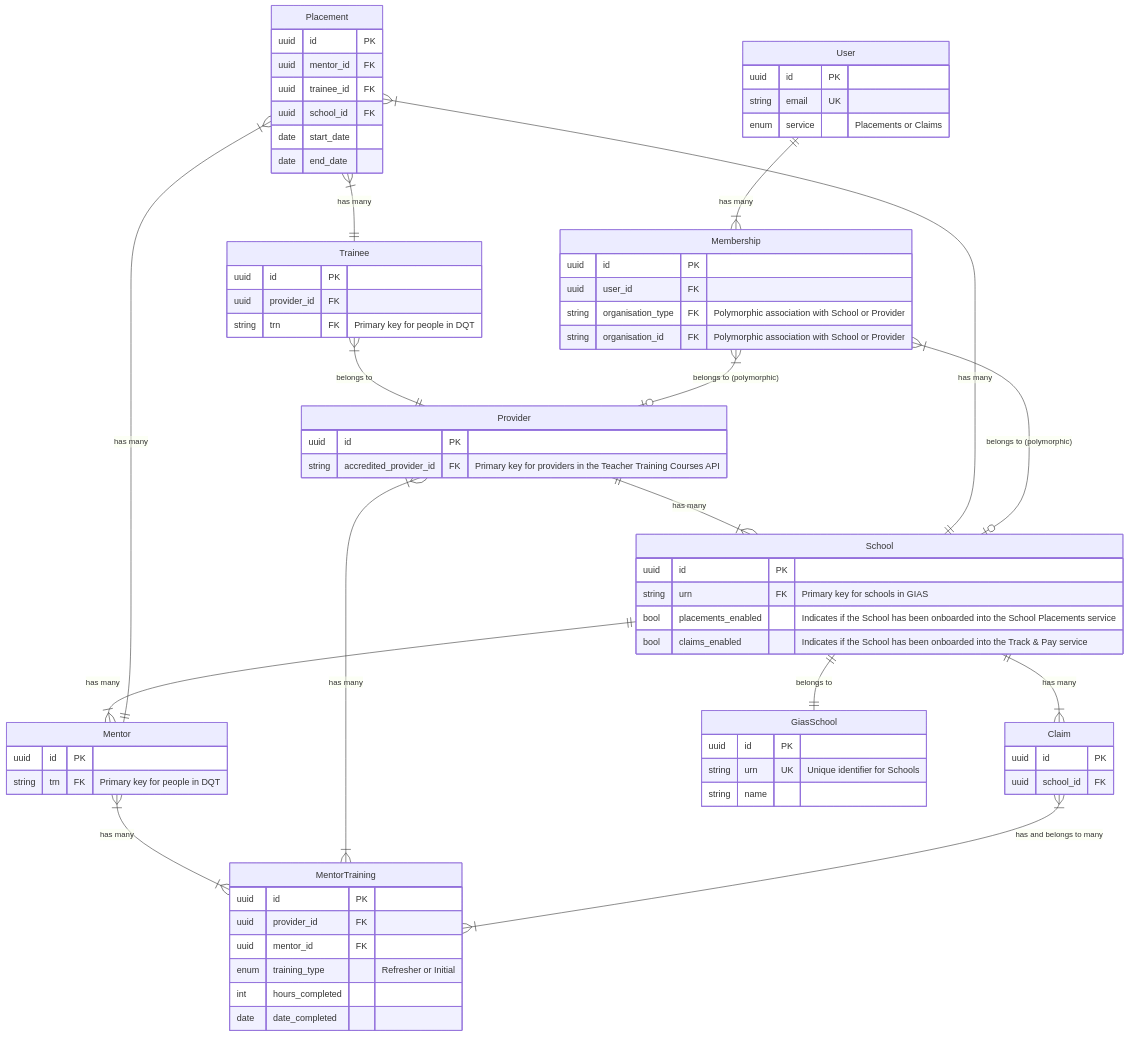
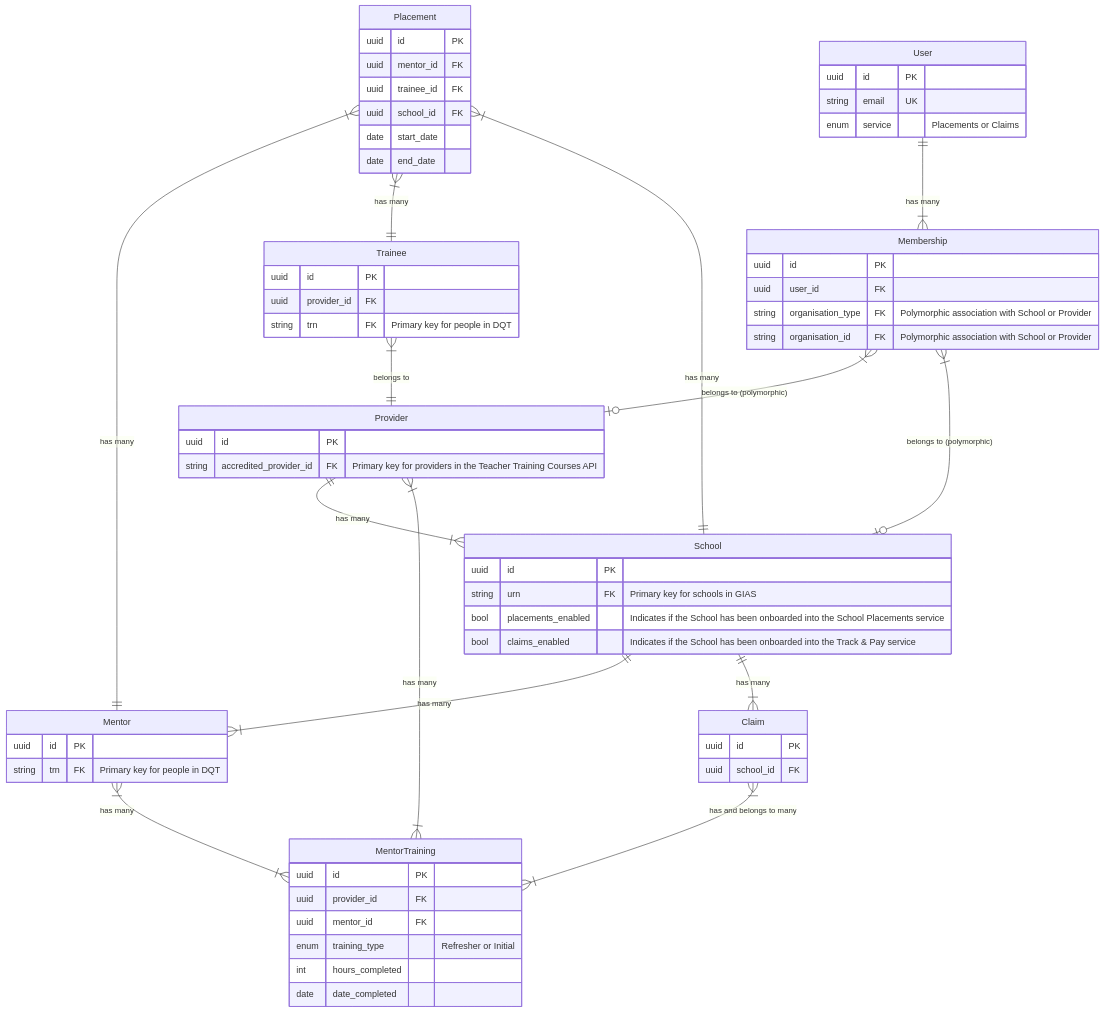
Before and after one commit to DFE-Digital/itt-mentor-services: the diagram in docs/data-model.md, drawn with Mermaid. The commit also changed other lines of this file and 6 other files, not shown here.

Commit message:
Remove Gias school model, factory, specs etc

```diff
--- a/docs/data-model.md
+++ b/docs/data-model.md
@@ -75,14 +75,6 @@
     string organisation_id FK "Polymorphic association with School or Provider"
   }
 
-  GiasSchool {
-    uuid id PK
-    string urn UK "Unique identifier for Schools"
-    string name
-  }
-
-  School ||--|| GiasSchool : "belongs to"
-
   School ||--|{ Mentor : "has many"
   Provider ||--|{ School : "has many"
   Trainee }|--|| Provider : "belongs to"
```
